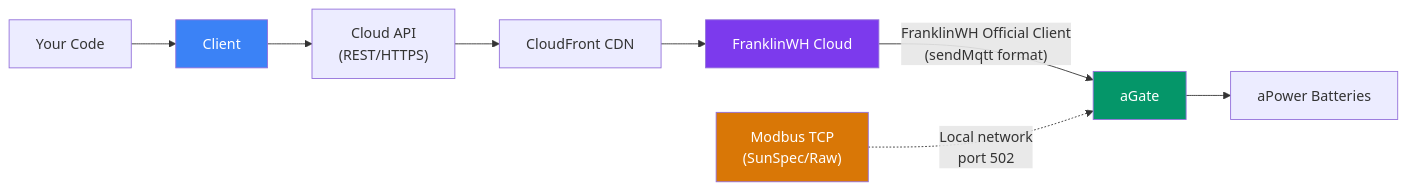
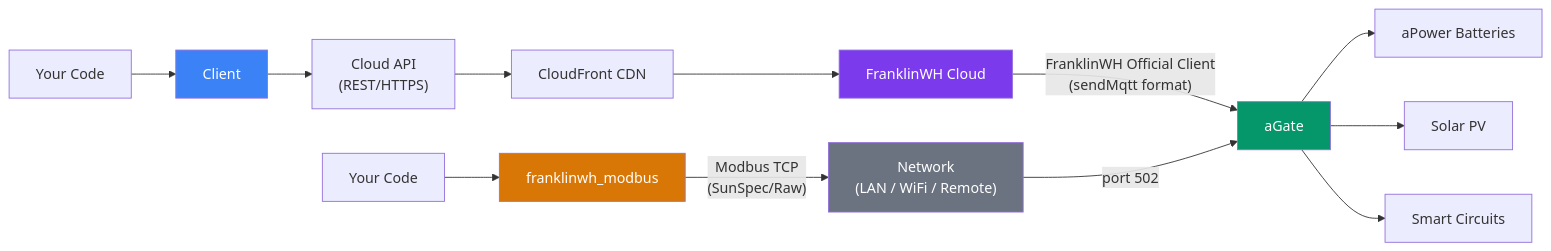
The diagram in docs/index.md (david2069/franklinwh-cloud), drawn with Mermaid before and after one commit. The commit also changed 1 other file, not shown here.

Commit message:
docs: architecture diagrams — add franklinwh_modbus client + network layer
- Modbus path: Your Code → franklinwh_modbus → Network (LAN/WiFi/Remote) → aGate
- aGate now shows downstream: aPower, Solar PV, Smart Circuits
- Updated both docs/index.md and README.md diagrams

````diff
--- a/docs/index.md
+++ b/docs/index.md
@@ -48,18 +48,23 @@
 ```mermaid
 graph LR
     A[Your Code] --> B[Client]
 
     B --> C["Cloud API<br/>(REST/HTTPS)"]
     C --> CF["CloudFront CDN"]
     CF --> FW["FranklinWH Cloud"]
     FW -->|"FranklinWH Official Client<br/>(sendMqtt format)"| E[aGate]
 
-    M["Modbus TCP<br/>(SunSpec/Raw)"] -.->|"Local network<br/>port 502"| E
+    A2[Your Code] --> MB["franklinwh_modbus"]
+    MB -->|"Modbus TCP<br/>(SunSpec/Raw)"| Net["Network<br/>(LAN / WiFi / Remote)"]
+    Net -->|port 502| E
 
     E --> F[aPower Batteries]
+    E --> PV[Solar PV]
+    E --> SC2[Smart Circuits]
 
     style B fill:#3b82f6,color:#fff
     style E fill:#059669,color:#fff
     style FW fill:#7c3aed,color:#fff
-    style M fill:#d97706,color:#fff
+    style MB fill:#d97706,color:#fff
+    style Net fill:#6b7280,color:#fff
 ```
````
